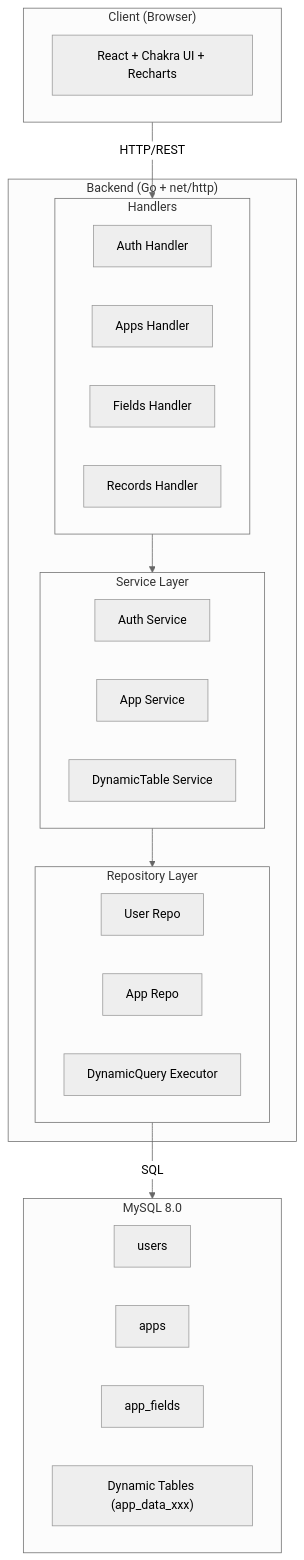
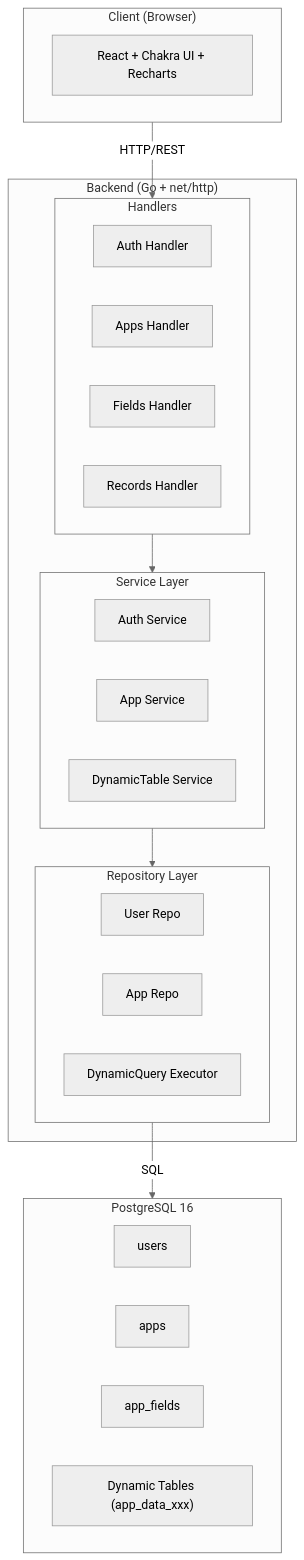
One commit to okamyuji/nocode-app changed the third of 5 diagrams in README.md. Above: the diagram before and after it, drawn with Mermaid (neutral theme). The commit also changed other lines of this file and 3 other files, not shown here.

Commit message:
infra: switch local stack from MySQL to PostgreSQL and update README

````diff
--- a/README.md
+++ b/README.md
@@ -349,39 +348,39 @@
 ```mermaid
 flowchart TB
     subgraph Client["Client (Browser)"]
         FE["React + Chakra UI + Recharts"]
     end
 
     subgraph Backend["Backend (Go + net/http)"]
         subgraph Handlers
             AH["Auth Handler"]
             APH["Apps Handler"]
             FH["Fields Handler"]
             RH["Records Handler"]
         end
 
         subgraph Services["Service Layer"]
             AS["Auth Service"]
             APS["App Service"]
             DTS["DynamicTable Service"]
         end
 
         subgraph Repositories["Repository Layer"]
             UR["User Repo"]
             AR["App Repo"]
             DQ["DynamicQuery Executor"]
         end
     end
 
-    subgraph Database["MySQL 8.0"]
+    subgraph Database["PostgreSQL 16"]
         UT["users"]
         AT["apps"]
         AFT["app_fields"]
         DT["Dynamic Tables (app_data_xxx)"]
     end
 
     Client -->|HTTP/REST| Handlers
     Handlers --> Services
     Services --> Repositories
     Repositories -->|SQL| Database
 ```
````
